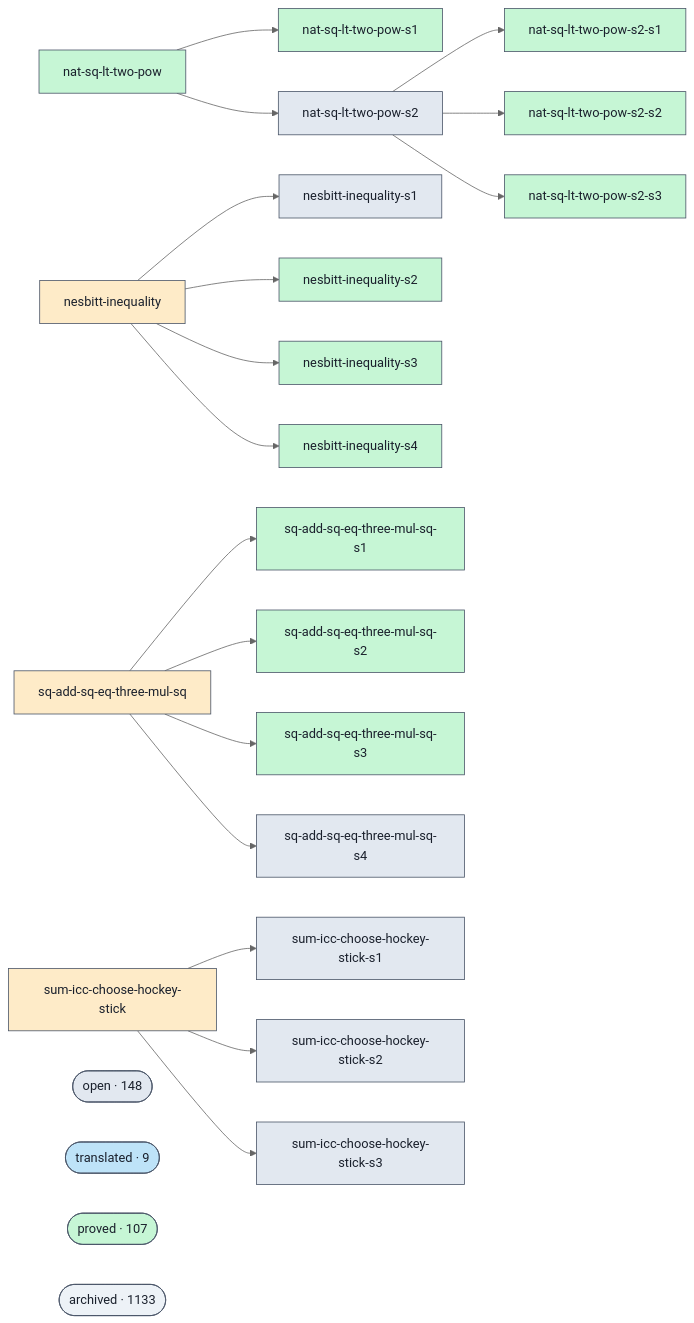
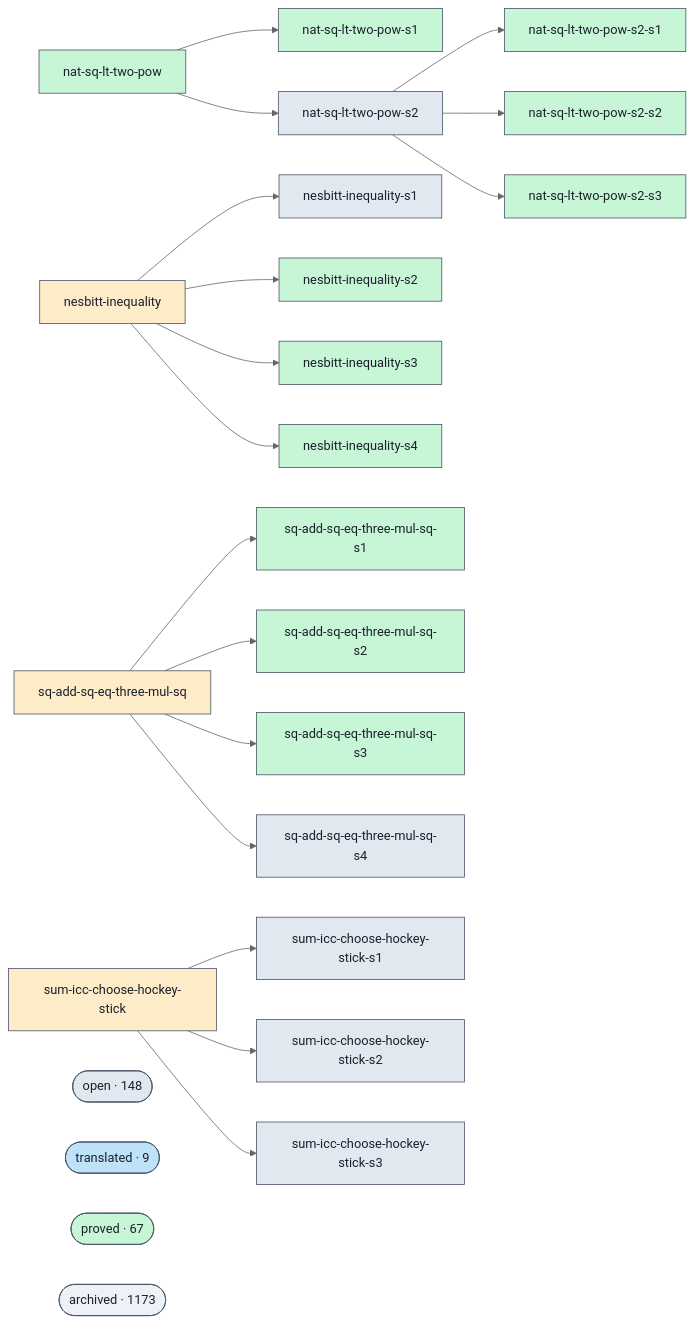
One commit to ohdearquant/unsorry changed the diagram in docs/proofs-contributors-visualisation.md. Above: the diagram before and after it, drawn with Mermaid (neutral theme). The commit also changed other lines of this file and 2 other files, not shown here.

````diff
--- a/docs/proofs-contributors-visualisation.md
+++ b/docs/proofs-contributors-visualisation.md
@@ -102,8 +102,8 @@
   class cluster_open open;
   cluster_translated(["translated · 9"])
   class cluster_translated translated;
-  cluster_proved(["proved · 107"])
+  cluster_proved(["proved · 67"])
   class cluster_proved proved;
-  cluster_archived(["archived · 1133"])
+  cluster_archived(["archived · 1173"])
   class cluster_archived unknown;
 ```
````
